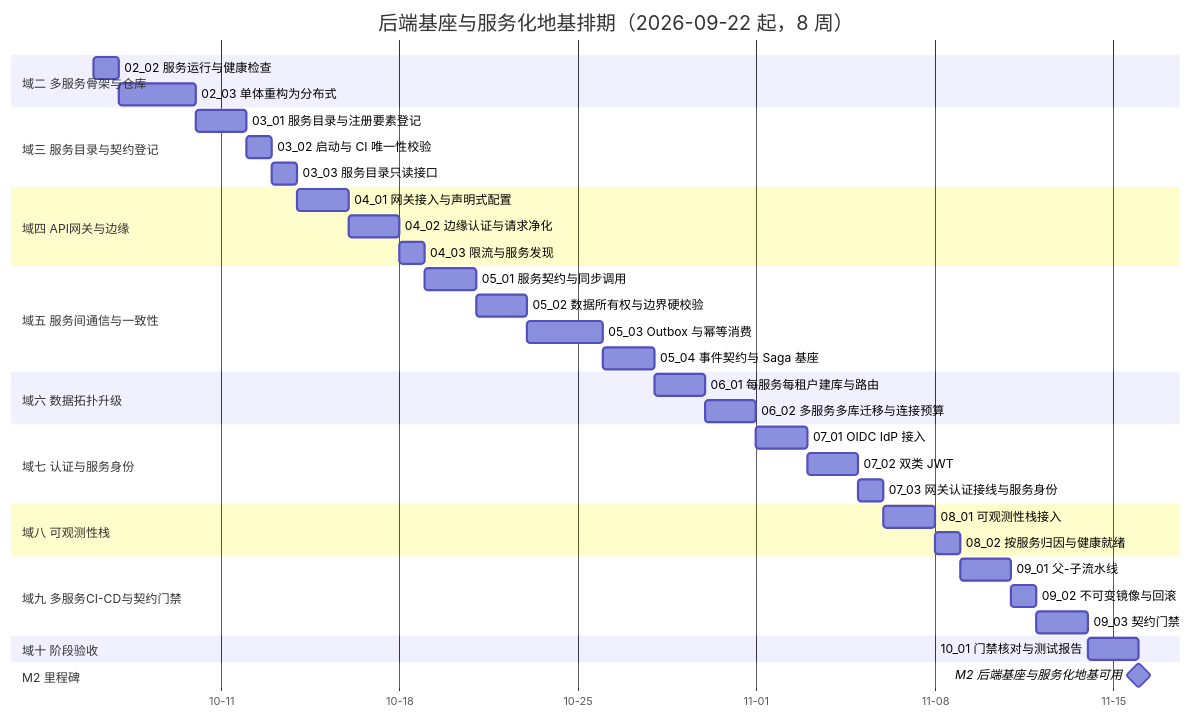
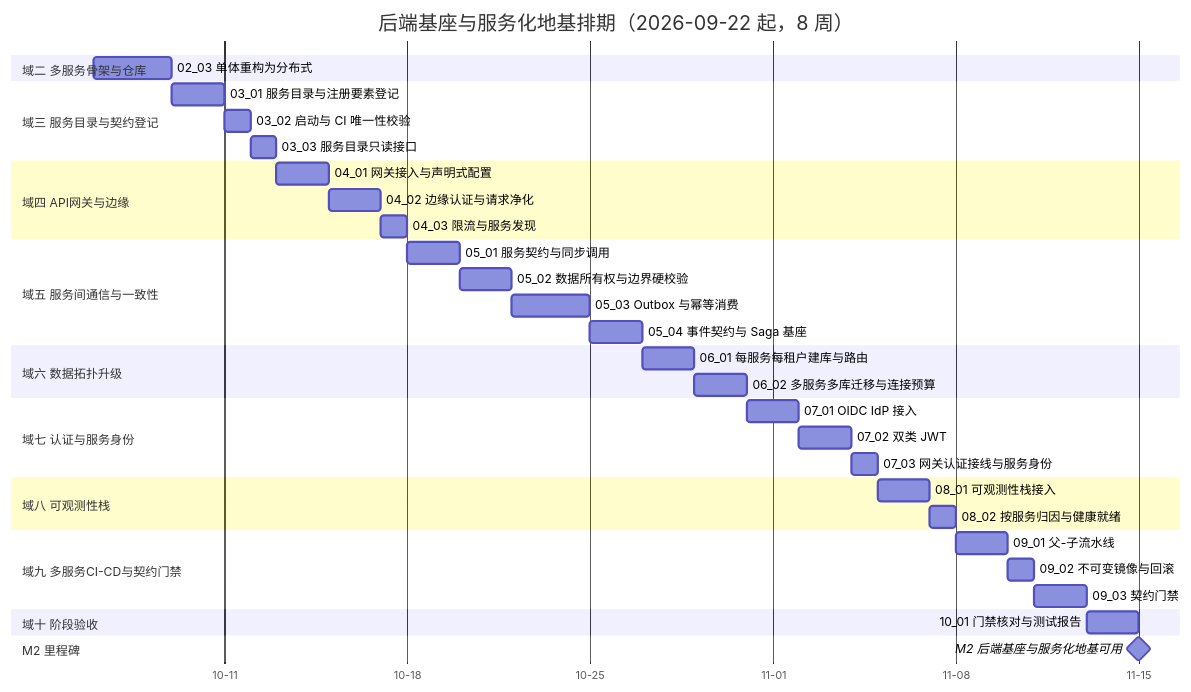
One commit to minjian123/basic-management-system changed the diagram in bms文档/项目/02_后端基座与服务化地基/计划/01_计划_后端基座与服务化地基.md. Above: the diagram before and after it, drawn with Mermaid. The commit also changed other lines of this file and 9 other files, not shown here.

````diff
--- a/bms文档/项目/02_后端基座与服务化地基/计划/01_计划_后端基座与服务化地基.md
+++ b/bms文档/项目/02_后端基座与服务化地基/计划/01_计划_后端基座与服务化地基.md
@@ -57,40 +57,39 @@
 ```mermaid
 gantt
     title 后端基座与服务化地基排期（2026-09-22 起，8 周）
     dateFormat  YYYY-MM-DD
     axisFormat %m-%d
     section 域二 多服务骨架与仓库
-    02_02 服务运行与健康检查 :a0202, 2026-10-06, 1d
-    02_03 单体重构为分布式 :a0203, after a0202, 3d
+    02_03 单体重构为分布式 :a0203, 2026-10-06, 3d
     section 域三 服务目录与契约登记
     03_01 服务目录与注册要素登记 :a0301, after a0203, 2d
     03_02 启动与 CI 唯一性校验 :a0302, after a0301, 1d
     03_03 服务目录只读接口 :a0303, after a0302, 1d
     section 域四 API网关与边缘
     04_01 网关接入与声明式配置 :a0401, after a0303, 2d
     04_02 边缘认证与请求净化 :a0402, after a0401, 2d
     04_03 限流与服务发现 :a0403, after a0402, 1d
     section 域五 服务间通信与一致性
     05_01 服务契约与同步调用 :a0501, after a0403, 2d
     05_02 数据所有权与边界硬校验 :a0502, after a0501, 2d
     05_03 Outbox 与幂等消费 :a0503, after a0502, 3d
     05_04 事件契约与 Saga 基座 :a0504, after a0503, 2d
     section 域六 数据拓扑升级
     06_01 每服务每租户建库与路由 :a0601, after a0504, 2d
     06_02 多服务多库迁移与连接预算 :a0602, after a0601, 2d
     section 域七 认证与服务身份
     07_01 OIDC IdP 接入 :a0701, after a0602, 2d
     07_02 双类 JWT :a0702, after a0701, 2d
     07_03 网关认证接线与服务身份 :a0703, after a0702, 1d
     section 域八 可观测性栈
     08_01 可观测性栈接入 :a0801, after a0703, 2d
     08_02 按服务归因与健康就绪 :a0802, after a0801, 1d
     section 域九 多服务CI-CD与契约门禁
     09_01 父-子流水线 :a0901, after a0802, 2d
     09_02 不可变镜像与回滚 :a0902, after a0901, 1d
     09_03 契约门禁 :a0903, after a0902, 2d
     section 域十 阶段验收
     10_01 门禁核对与测试报告 :a1001, after a0903, 2d
     section M2 里程碑
     M2 后端基座与服务化地基可用 :milestone, mm2, after a1001, 0d
 ```
````
